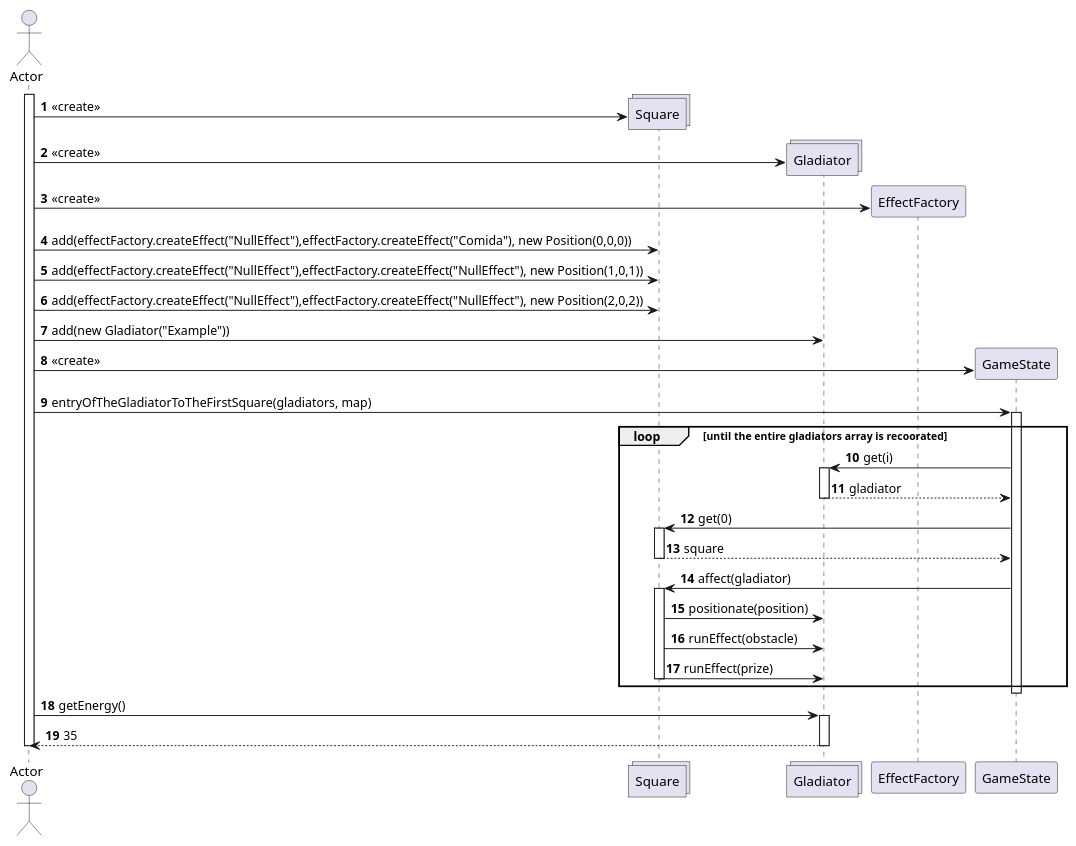
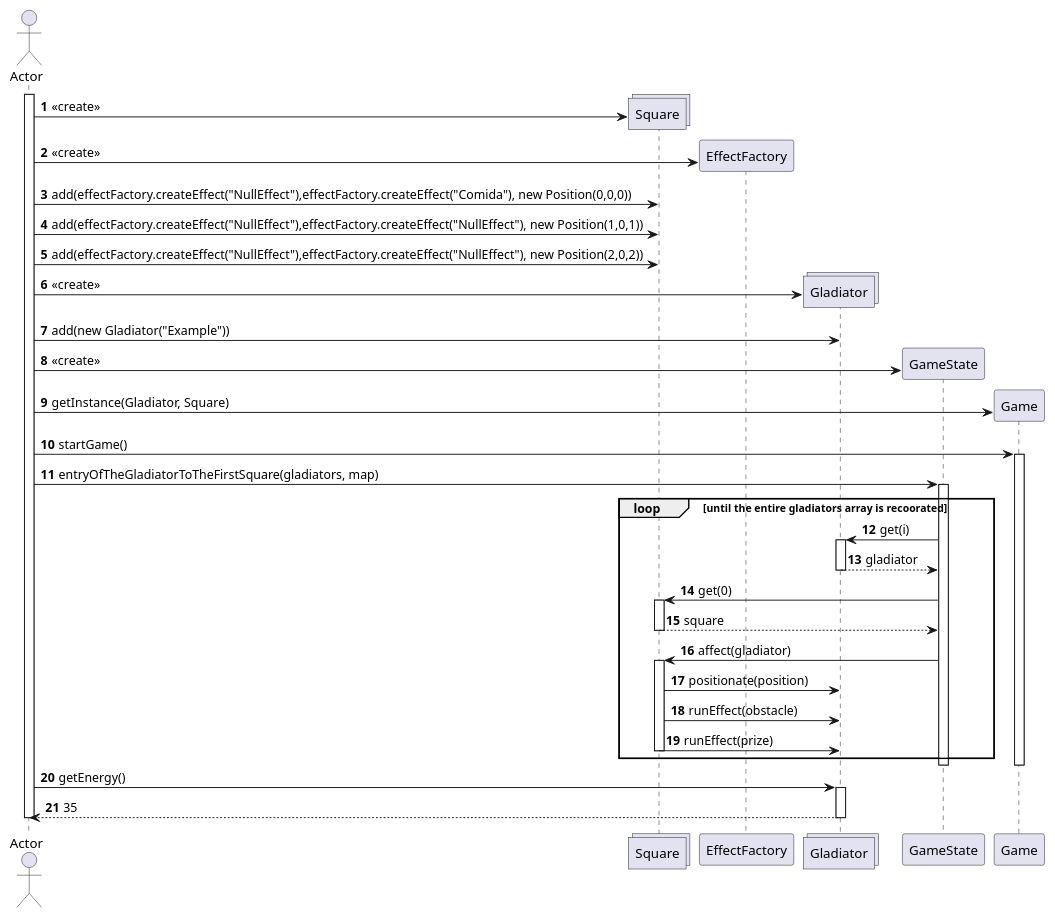
One commit to PabloGCH/tp2-algo3 changed the diagram in diagrams/sequences/UseCase02.puml. Above: the diagram before and after it, drawn with PlantUML. The commit also changed 66 other files, not shown here.

```diff
--- a/diagrams/sequences/UseCase02.puml
+++ b/diagrams/sequences/UseCase02.puml
@@ -1,44 +1,51 @@
 @startuml
 autonumber
 actor Actor
 activate Actor
 create collections Square
 Actor -> Square: <<create>>
-create collections Gladiator
-Actor -> Gladiator: <<create>>
 create EffectFactory
 Actor -> EffectFactory: <<create>>
 Actor -> Square: add(effectFactory.createEffect("NullEffect"),effectFactory.createEffect("Comida"), new Position(0,0,0))
 Actor -> Square: add(effectFactory.createEffect("NullEffect"),effectFactory.createEffect("NullEffect"), new Position(1,0,1))
 Actor -> Square: add(effectFactory.createEffect("NullEffect"),effectFactory.createEffect("NullEffect"), new Position(2,0,2))
+
+create collections Gladiator
+Actor -> Gladiator: <<create>>
 Actor -> Gladiator: add(new Gladiator("Example"))
 
 create GameState
 Actor -> GameState: <<create>>
 
-Actor -> GameState: entryOfTheGladiatorToTheFirstSquare(gladiators, map)
-activate GameState
-    loop until the entire gladiators array is recoorated
-        GameState -> Gladiator: get(i)
-        activate Gladiator
-           Gladiator --> GameState: gladiator
-        deactivate Gladiator
-        GameState -> Square: get(0)
-        activate Square
-           Square --> GameState: square
-        deactivate Square
-        GameState -> Square: affect(gladiator)
-        activate Square
-           Square -> Gladiator: positionate(position)
-           Square -> Gladiator: runEffect(obstacle)
-           Square -> Gladiator: runEffect(prize)
-        deactivate Square
-    end loop
-deactivate GameState
+create Game
+Actor -> Game: getInstance(Gladiator, Square)
+
+Actor -> Game: startGame()
+activate Game
+    Actor -> GameState: entryOfTheGladiatorToTheFirstSquare(gladiators, map)
+    activate GameState
+        loop until the entire gladiators array is recoorated
+            GameState -> Gladiator: get(i)
+            activate Gladiator
+            Gladiator --> GameState: gladiator
+            deactivate Gladiator
+            GameState -> Square: get(0)
+            activate Square
+            Square --> GameState: square
+            deactivate Square
+            GameState -> Square: affect(gladiator)
+            activate Square
+            Square -> Gladiator: positionate(position)
+            Square -> Gladiator: runEffect(obstacle)
+            Square -> Gladiator: runEffect(prize)
+            deactivate Square
+        end loop
+    deactivate GameState
+deactivate Game
 
 Actor -> Gladiator: getEnergy()
 activate Gladiator
     Gladiator --> Actor: 35
 deactivate Gladiator
 deactivate Actor
 @enduml
```
